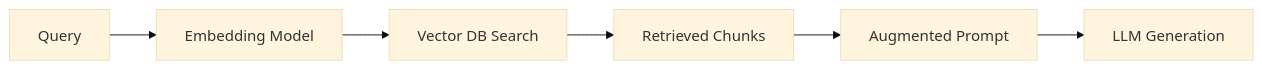
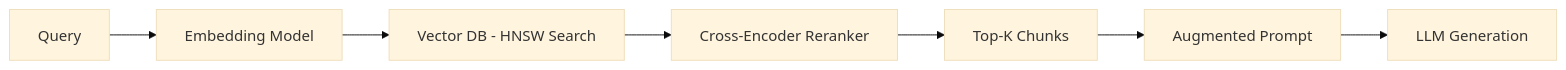
The third of 3 diagrams in resources/interview-questions/ai-engineer-interview-qs.mdx (devweekends/docs), drawn with Mermaid (base theme) before and after one commit. The commit also changed other lines of this file and 899 other files, not shown here.

````diff
--- a/resources/interview-questions/ai-engineer-interview-qs.mdx
+++ b/resources/interview-questions/ai-engineer-interview-qs.mdx
@@ -433,8 +1028,9 @@
 ```mermaid
 graph LR
     User[Query] --> Embed[Embedding Model]
-    Embed --> Search[Vector DB Search]
-    Search --> Context[Retrieved Chunks]
+    Embed --> Search[Vector DB - HNSW Search]
+    Search --> Rerank[Cross-Encoder Reranker]
+    Rerank --> Context[Top-K Chunks]
     Context --> Prompt[Augmented Prompt]
     Prompt --> LLM[LLM Generation]
 ```
````
